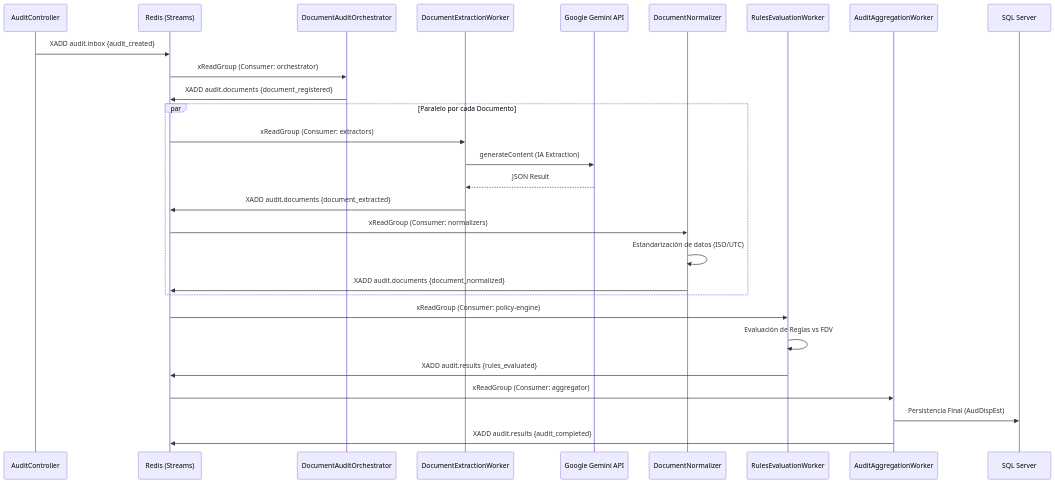
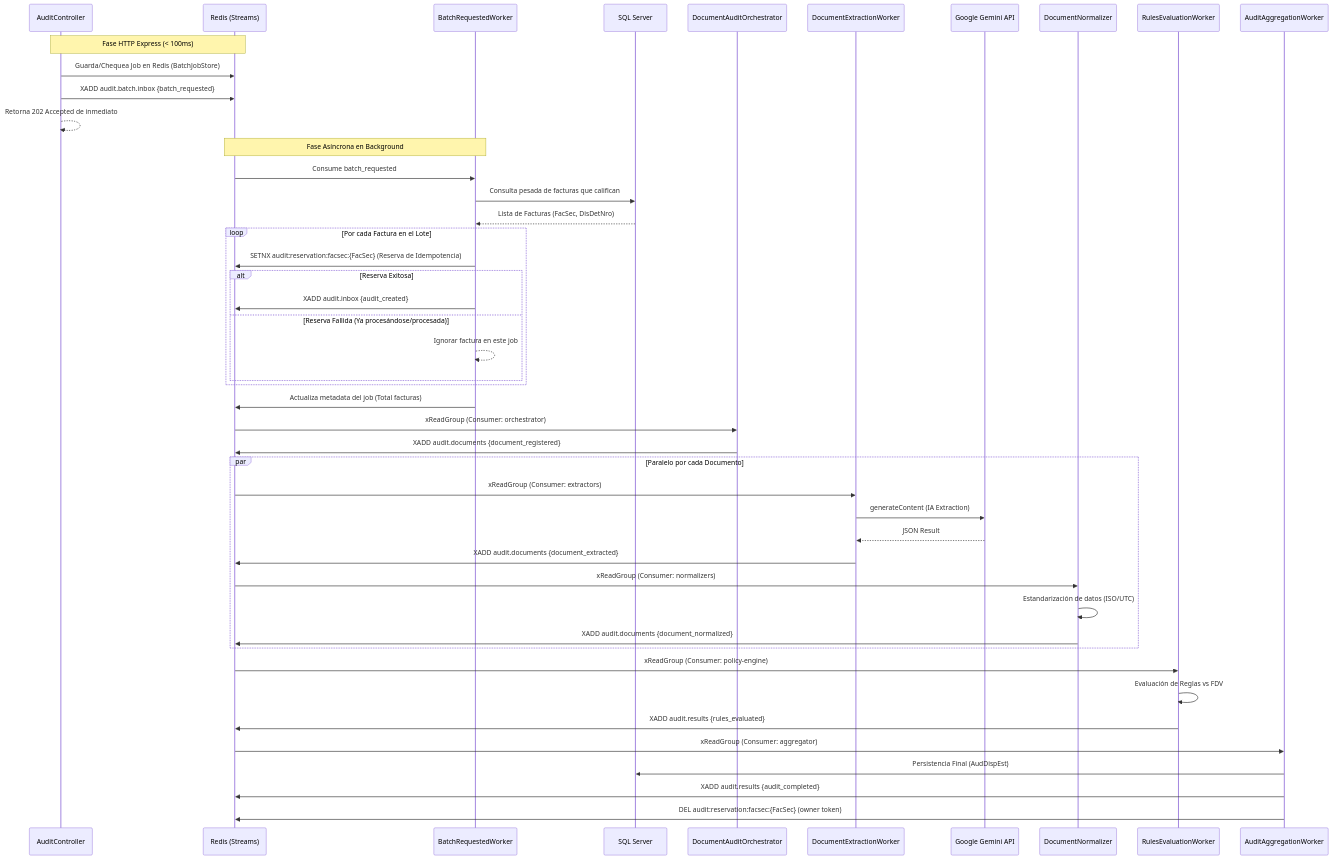
One commit to jfrem/AudFact changed the third of 3 diagrams in plans/data-flows.md. Above: the diagram before and after it, drawn with Mermaid. The commit also changed other lines of this file and 64 other files, not shown here.

Commit message:
feat: implement audit pipeline service architecture with event-driven workers, validation engines, and associated frontend dashboard components.

````diff
--- a/plans/data-flows.md
+++ b/plans/data-flows.md
@@ -105,35 +107,56 @@
 ```mermaid
 sequenceDiagram
     participant API as AuditController
     participant R as Redis (Streams)
+    participant BW as BatchRequestedWorker
+    participant DB as SQL Server
     participant AO as DocumentAuditOrchestrator
     participant EW as DocumentExtractionWorker
     participant G as Google Gemini API
     participant NW as DocumentNormalizer
     participant RW as RulesEvaluationWorker
     participant AW as AuditAggregationWorker
-    participant DB as SQL Server
 
-    API->>R: XADD audit.inbox {audit_created}
+    Note over API,R: Fase HTTP Express (< 100ms)
+    API->>R: Guarda/Chequea Job en Redis (BatchJobStore)
+    API->>R: XADD audit.batch.inbox {batch_requested}
+    API-->>API: Retorna 202 Accepted de inmediato
+
+    Note over R,BW: Fase Asíncrona en Background
+    R->>BW: Consume batch_requested
+    BW->>DB: Consulta pesada de facturas que califican
+    DB-->>BW: Lista de Facturas (FacSec, DisDetNro)
+    
+    loop Por cada Factura en el Lote
+        BW->>R: SETNX audit:reservation:facsec:{FacSec} (Reserva de Idempotencia)
+        alt Reserva Exitosa
+            BW->>R: XADD audit.inbox {audit_created}
+        else Reserva Fallida (Ya procesándose/procesada)
+            BW-->>BW: Ignorar factura en este job
+        end
+    end
+    BW->>R: Actualiza metadata del job (Total facturas)
+
     R->>AO: xReadGroup (Consumer: orchestrator)
     AO->>R: XADD audit.documents {document_registered}
     
     par Paralelo por cada Documento
         R->>EW: xReadGroup (Consumer: extractors)
         EW->>G: generateContent (IA Extraction)
         G-->>EW: JSON Result
         EW->>R: XADD audit.documents {document_extracted}
         
         R->>NW: xReadGroup (Consumer: normalizers)
         NW->>NW: Estandarización de datos (ISO/UTC)
         NW->>R: XADD audit.documents {document_normalized}
     end
 
     R->>RW: xReadGroup (Consumer: policy-engine)
     RW->>RW: Evaluación de Reglas vs FDV
     RW->>R: XADD audit.results {rules_evaluated}
 
     R->>AW: xReadGroup (Consumer: aggregator)
     AW->>DB: Persistencia Final (AudDispEst)
     AW->>R: XADD audit.results {audit_completed}
+    AW->>R: DEL audit:reservation:facsec:{FacSec} (owner token)
 ```
````
